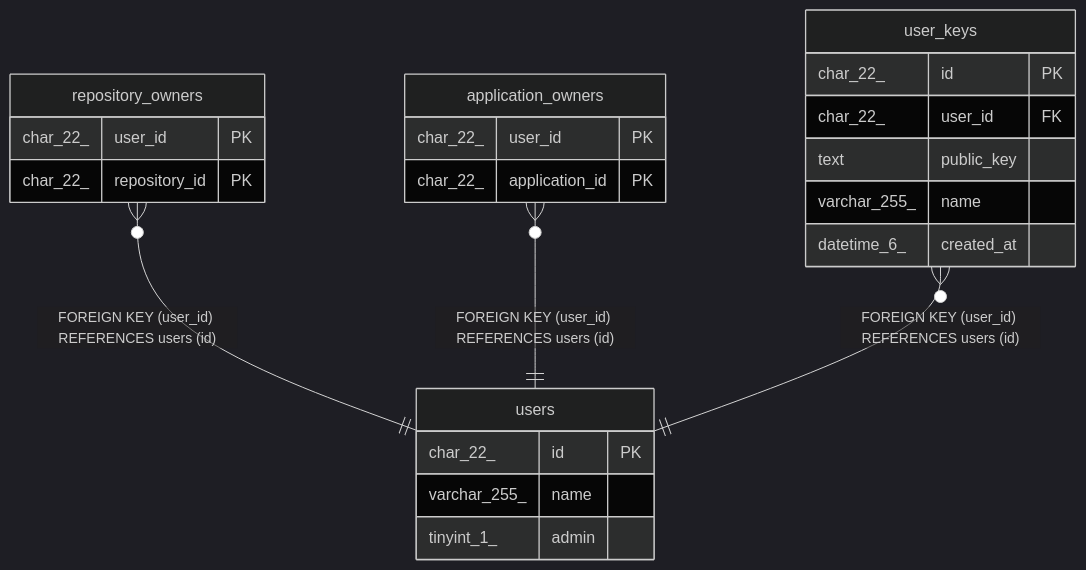
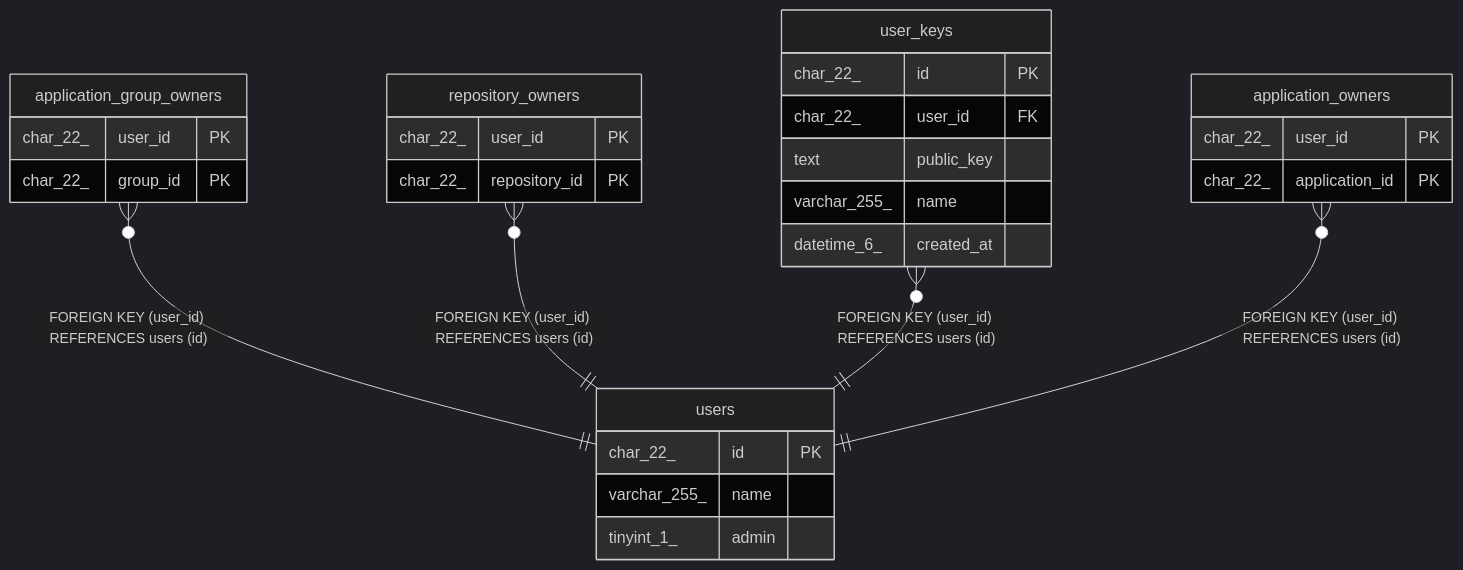
Before and after one commit to traPtitech/NeoShowcase: the diagram in docs/dbschema/users.md, drawn with Mermaid (dark theme). The commit also changed other lines of this file and 11 other files, not shown here.

Commit message:
docs(dbschema): regenerate for application groups

````diff
--- a/docs/dbschema/users.md
+++ b/docs/dbschema/users.md
@@ -43,28 +43,33 @@
 ```mermaid
 erDiagram
 
+"application_group_owners" }o--|| "users" : "FOREIGN KEY (user_id) REFERENCES users (id)"
 "repository_owners" }o--|| "users" : "FOREIGN KEY (user_id) REFERENCES users (id)"
+"user_keys" }o--|| "users" : "FOREIGN KEY (user_id) REFERENCES users (id)"
 "application_owners" }o--|| "users" : "FOREIGN KEY (user_id) REFERENCES users (id)"
-"user_keys" }o--|| "users" : "FOREIGN KEY (user_id) REFERENCES users (id)"
 
 "users" {
   char_22_ id PK
   varchar_255_ name
   tinyint_1_ admin
 }
+"application_group_owners" {
+  char_22_ user_id PK
+  char_22_ group_id PK
+}
 "repository_owners" {
   char_22_ user_id PK
   char_22_ repository_id PK
-}
-"application_owners" {
-  char_22_ user_id PK
-  char_22_ application_id PK
 }
 "user_keys" {
   char_22_ id PK
   char_22_ user_id FK
   text public_key
   varchar_255_ name
   datetime_6_ created_at
 }
+"application_owners" {
+  char_22_ user_id PK
+  char_22_ application_id PK
+}
 ```
````
